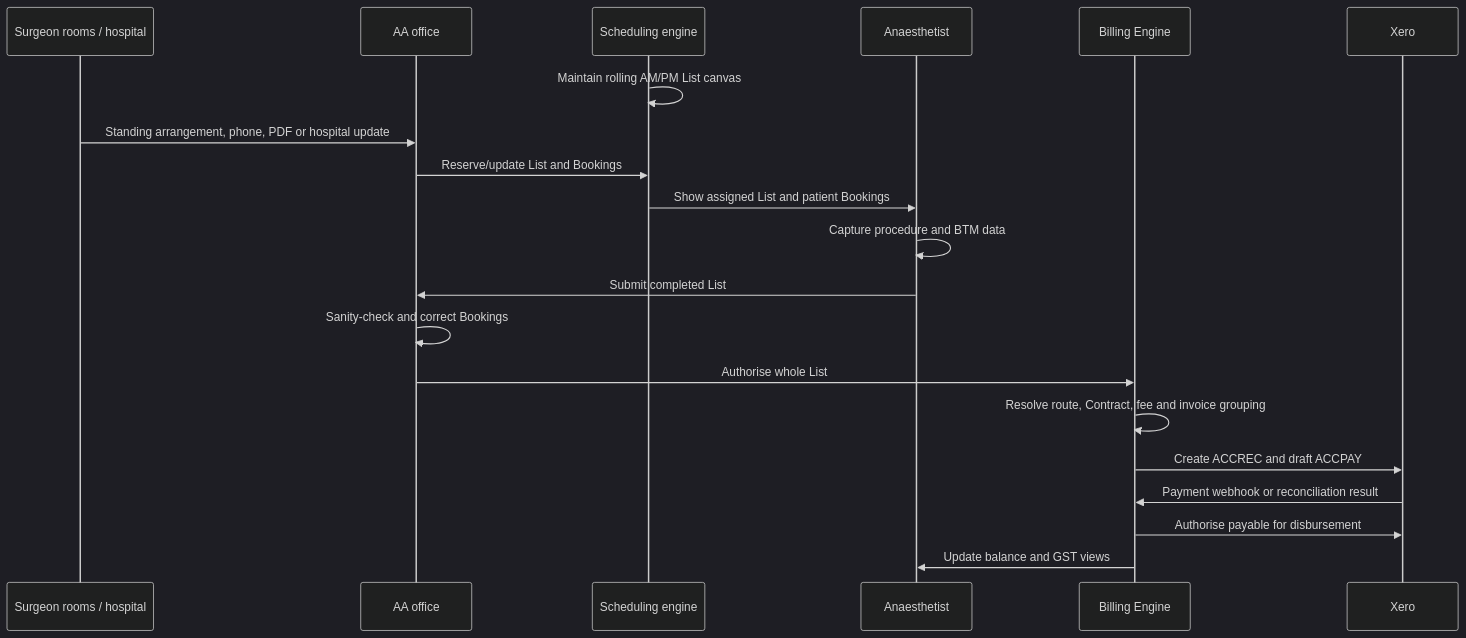
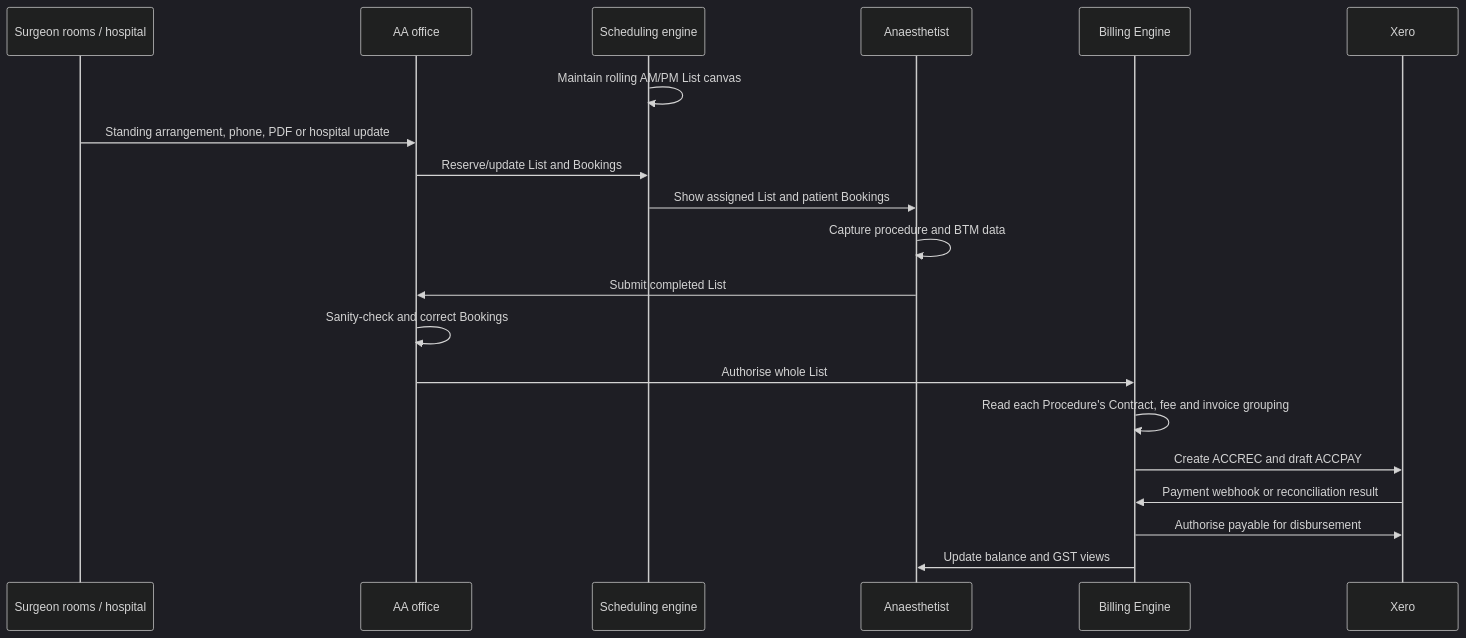
Before and after one commit to DFraserStratos/AnaesthesiaAssociatesRFP: the diagram in docs/demo-guide/02-workflows-and-handoffs.md, drawn with Mermaid (dark theme). The commit also changed other lines of this file and 418 other files, not shown here.

````diff
--- a/docs/demo-guide/02-workflows-and-handoffs.md
+++ b/docs/demo-guide/02-workflows-and-handoffs.md
@@ -5,23 +5,23 @@
 ```mermaid
 sequenceDiagram
     participant SR as Surgeon rooms / hospital
     participant O as AA office
     participant S as Scheduling engine
     participant A as Anaesthetist
     participant B as Billing Engine
     participant X as Xero
 
     S->>S: Maintain rolling AM/PM List canvas
     SR->>O: Standing arrangement, phone, PDF or hospital update
     O->>S: Reserve/update List and Bookings
     S->>A: Show assigned List and patient Bookings
     A->>A: Capture procedure and BTM data
     A->>O: Submit completed List
     O->>O: Sanity-check and correct Bookings
     O->>B: Authorise whole List
-    B->>B: Resolve route, Contract, fee and invoice grouping
+    B->>B: Read each Procedure's Contract, fee and invoice grouping
     B->>X: Create ACCREC and draft ACCPAY
     X->>B: Payment webhook or reconciliation result
     B->>X: Authorise payable for disbursement
     B->>A: Update balance and GST views
 ```
````
